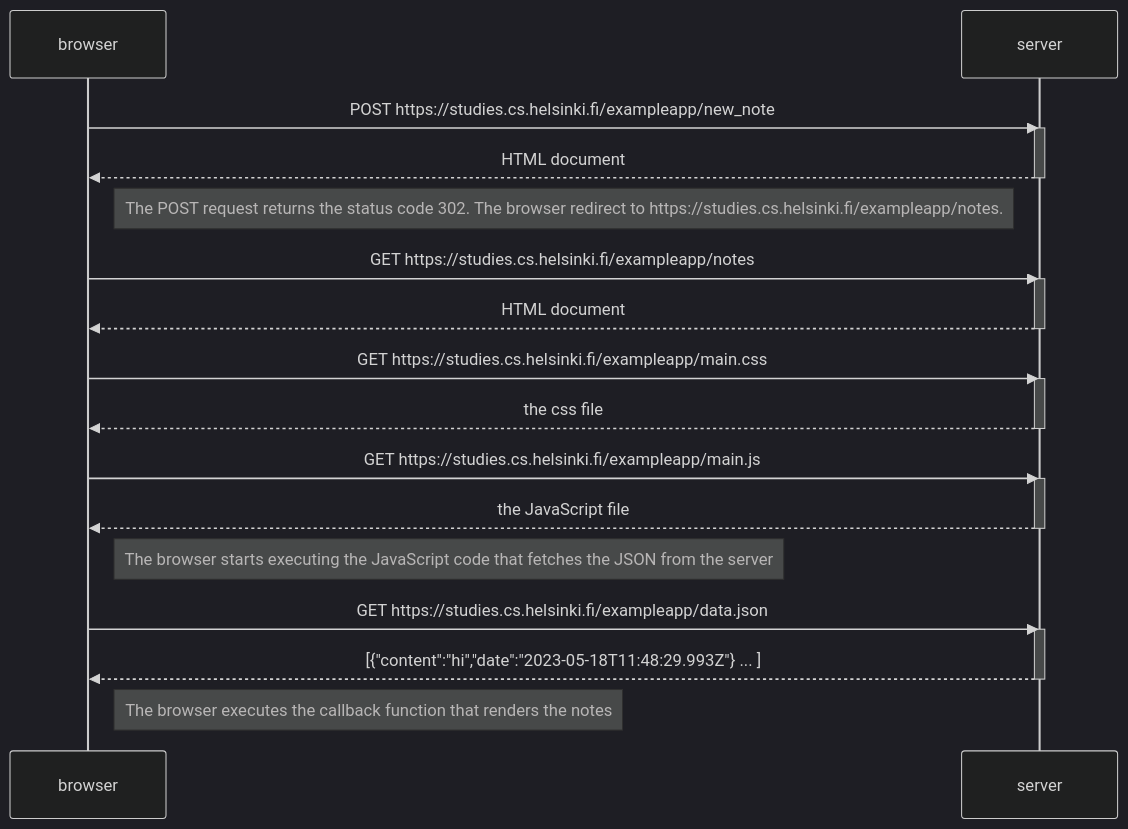
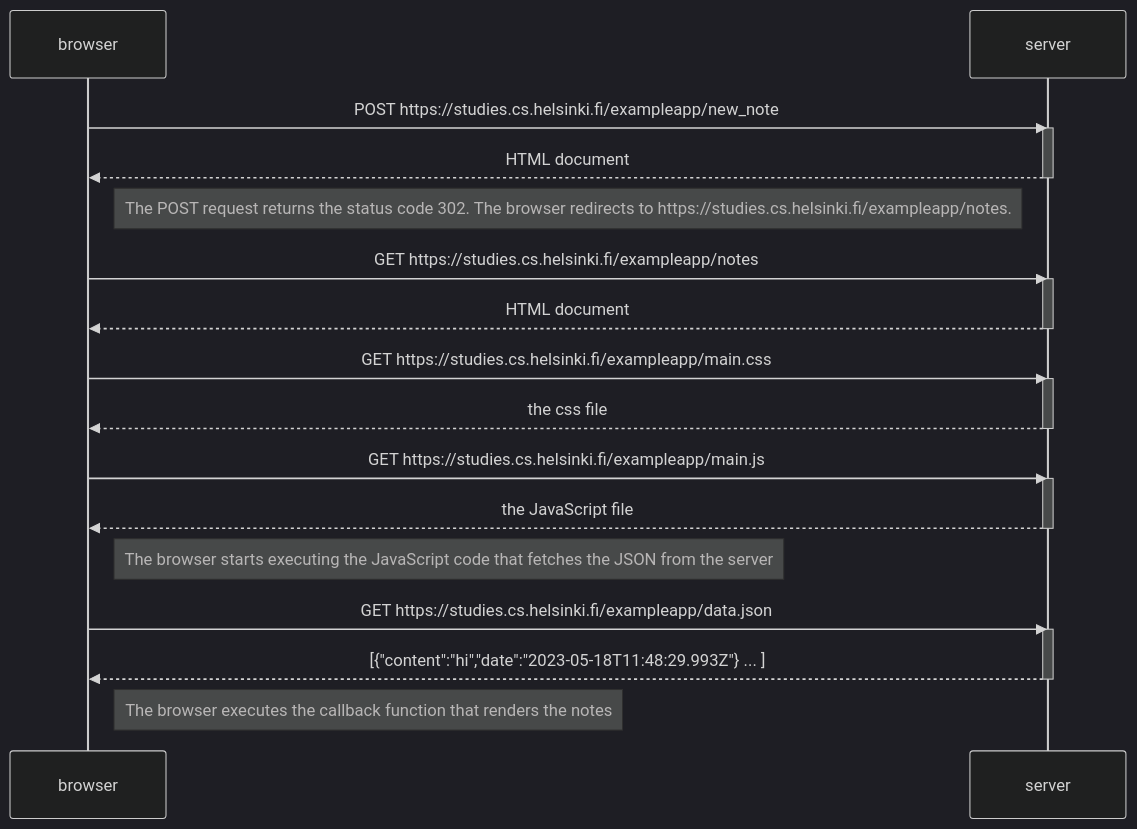
One commit to AkseliManninen/Full-Stack-Open changed the diagram in 0sa-0/0.4.md. Above: the diagram before and after it, drawn with Mermaid (dark theme).

````diff
--- a/0sa-0/0.4.md
+++ b/0sa-0/0.4.md
@@ -1,37 +1,37 @@
 ```mermaid
 sequenceDiagram
     participant browser
     participant server
     
     browser->>server: POST https://studies.cs.helsinki.fi/exampleapp/new_note
     activate server
     server-->>browser: HTML document
     deactivate server
     
-    Note right of browser: The POST request returns the status code 302. The browser redirect to https://studies.cs.helsinki.fi/exampleapp/notes.
+    Note right of browser: The POST request returns the status code 302. The browser redirects to https://studies.cs.helsinki.fi/exampleapp/notes.
     
     browser->>server: GET https://studies.cs.helsinki.fi/exampleapp/notes
     activate server
     server-->>browser: HTML document
     deactivate server
     
     browser->>server: GET https://studies.cs.helsinki.fi/exampleapp/main.css
     activate server
     server-->>browser: the css file
     deactivate server
     
     browser->>server: GET https://studies.cs.helsinki.fi/exampleapp/main.js
     activate server
     server-->>browser: the JavaScript file
     deactivate server
     
     Note right of browser: The browser starts executing the JavaScript code that fetches the JSON from the server
     
     browser->>server: GET https://studies.cs.helsinki.fi/exampleapp/data.json
     activate server
     server-->>browser: [{"content":"hi","date":"2023-05-18T11:48:29.993Z"} ... ]
     deactivate server    
 
     Note right of browser: The browser executes the callback function that renders the notes 
 
  ```
````
